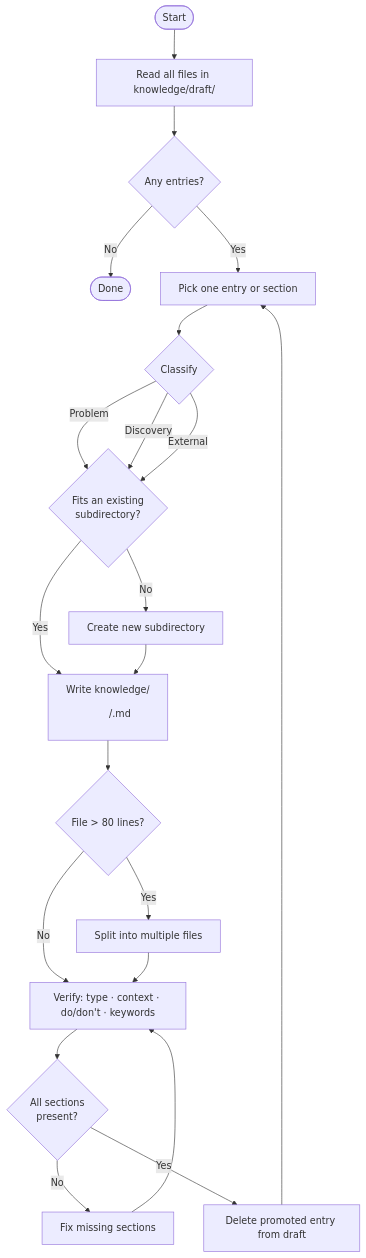
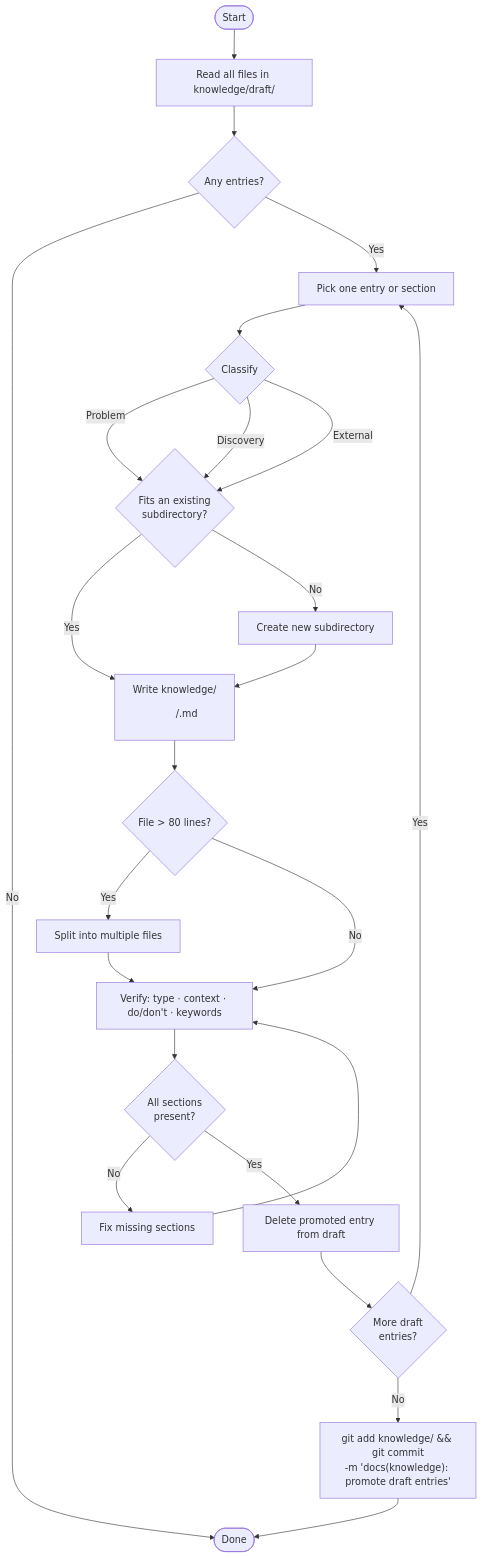
The diagram in procedures/meta-curate-knowledge.md (s-age/perclst), drawn with Mermaid before and after one commit. The commit also changed 1 other file, not shown here.

Commit message:
feat(curate): auto-commit promoted entries at end of curation run
Add a commit step to the meta-curate-knowledge flowchart so the agent
runs git commit after all draft entries are promoted, eliminating the
need for a manual commit after each curation run.

Also add Skill to curate's allowedTools — the meta-librarian skill is
consulted for file format and classification criteria.

````diff
--- a/procedures/meta-curate-knowledge.md
+++ b/procedures/meta-curate-knowledge.md
@@ -5,29 +5,32 @@
 ```mermaid
 flowchart TD
     Start([Start]) --> ReadDraft[Read all files in knowledge/draft/]
     ReadDraft --> AnyEntries{Any entries?}
     AnyEntries -- No --> Done([Done])
     AnyEntries -- Yes --> PickEntry[Pick one entry or section]
 
     PickEntry --> Classify{Classify}
     Classify -- Problem --> FindDir
     Classify -- Discovery --> FindDir
     Classify -- External --> FindDir
 
     FindDir{Fits an existing\nsubdirectory?}
     FindDir -- Yes --> WriteFile[Write knowledge/<dir>/<file>.md]
     FindDir -- No --> CreateDir[Create new subdirectory]
     CreateDir --> WriteFile
 
     WriteFile --> TooLong{File > 80 lines?}
     TooLong -- Yes --> Split[Split into multiple files]
     TooLong -- No --> Verify
 
     Split --> Verify[Verify: type · context · do/don't · keywords]
     Verify --> Valid{All sections\npresent?}
     Valid -- No --> Fix[Fix missing sections]
     Fix --> Verify
     Valid -- Yes --> DeleteEntry[Delete promoted entry from draft]
 
-    DeleteEntry --> PickEntry
+    DeleteEntry --> AnyMore{More draft\nentries?}
+    AnyMore -- Yes --> PickEntry
+    AnyMore -- No --> Commit["git add knowledge/ && git commit\n-m 'docs(knowledge): promote draft entries'"]
+    Commit --> Done
 ```
````
